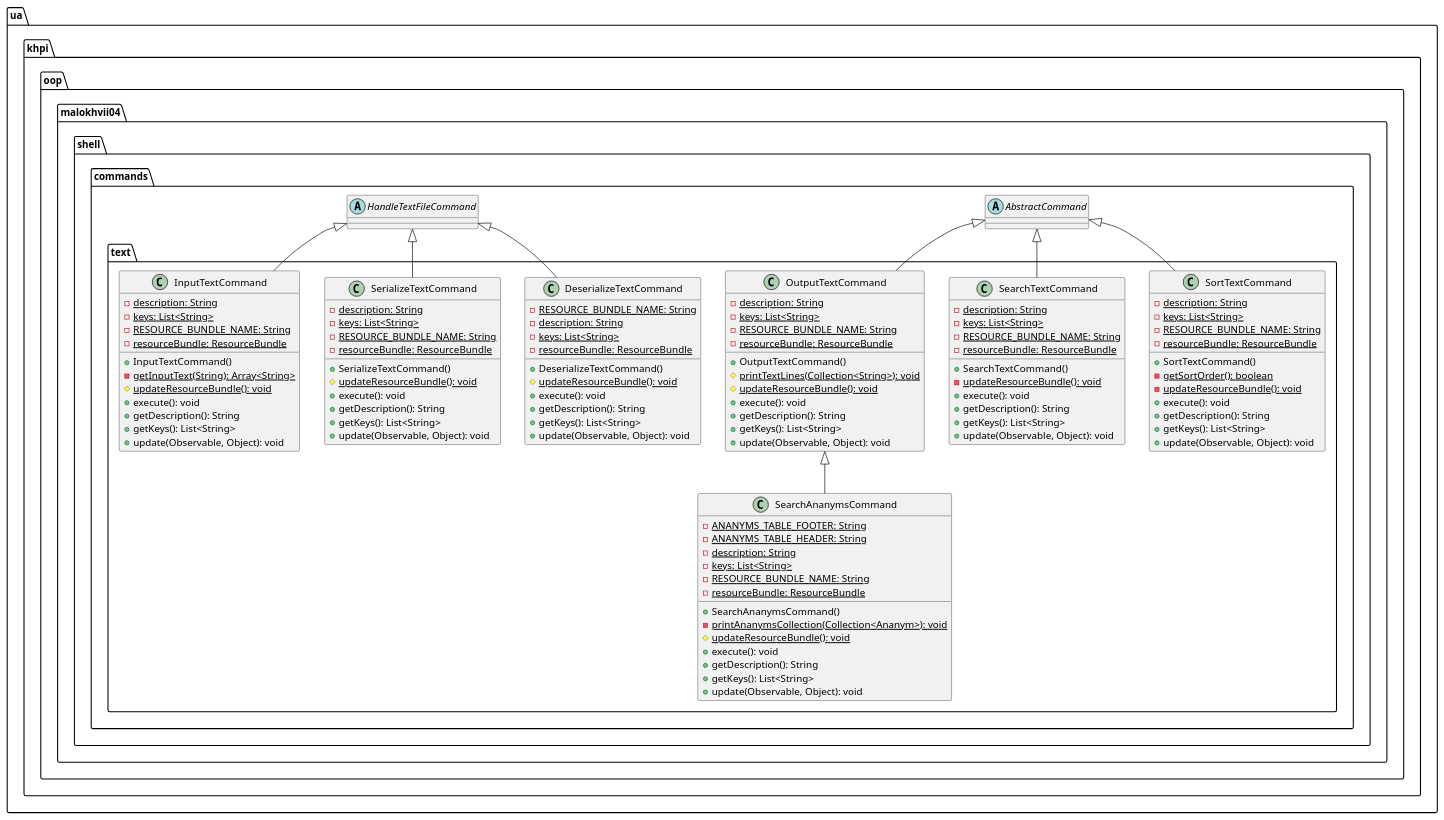
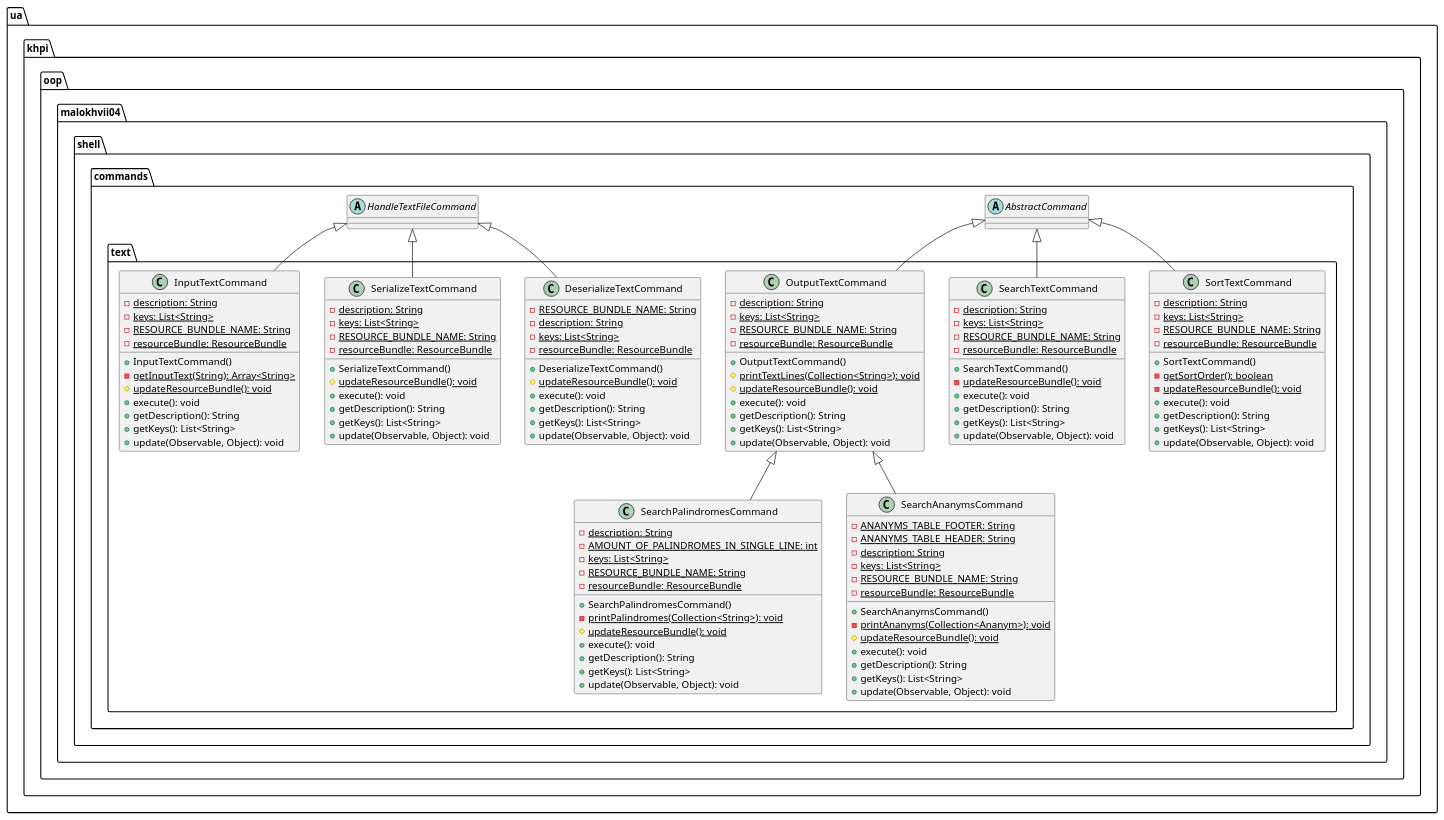
Before and after one commit to P-Kalin/kit26a: the diagram in malokhvii-eduard/malokhvii04/doc/plantuml/ua/khpi/oop/malokhvii04/shell/commands/text/package.puml, drawn with PlantUML. The commit also changed 5 other files, not shown here.

Commit message:
#3 malokhvii04: update graphs

```diff
--- a/malokhvii-eduard/malokhvii04/doc/plantuml/ua/khpi/oop/malokhvii04/shell/commands/text/package.puml
+++ b/malokhvii-eduard/malokhvii04/doc/plantuml/ua/khpi/oop/malokhvii04/shell/commands/text/package.puml
@@ -1,120 +1,137 @@
 @startuml
 
     namespace ua.khpi.oop.malokhvii04.shell.commands.text {
 
         class SortTextCommand {
             {static} -description: String
             {static} -keys: List<String>
             {static} -RESOURCE_BUNDLE_NAME: String
             {static} -resourceBundle: ResourceBundle
             +SortTextCommand()
             {static} -getSortOrder(): boolean
             {static} -updateResourceBundle(): void
             +execute(): void
             +getDescription(): String
             +getKeys(): List<String>
             +update(Observable, Object): void
         }
 
         class SerializeTextCommand {
             {static} -description: String
             {static} -keys: List<String>
             {static} -RESOURCE_BUNDLE_NAME: String
             {static} -resourceBundle: ResourceBundle
             +SerializeTextCommand()
             {static} #updateResourceBundle(): void
             +execute(): void
             +getDescription(): String
             +getKeys(): List<String>
             +update(Observable, Object): void
         }
 
         class SearchTextCommand {
             {static} -description: String
             {static} -keys: List<String>
             {static} -RESOURCE_BUNDLE_NAME: String
             {static} -resourceBundle: ResourceBundle
             +SearchTextCommand()
             {static} -updateResourceBundle(): void
             +execute(): void
             +getDescription(): String
             +getKeys(): List<String>
             +update(Observable, Object): void
         }
 
+        class SearchPalindromesCommand {
+            {static} -description: String
+            {static} -AMOUNT_OF_PALINDROMES_IN_SINGLE_LINE: int
+            {static} -keys: List<String>
+            {static} -RESOURCE_BUNDLE_NAME: String
+            {static} -resourceBundle: ResourceBundle
+            +SearchPalindromesCommand()
+            {static} -printPalindromes(Collection<String>): void
+            {static} #updateResourceBundle(): void
+            +execute(): void
+            +getDescription(): String
+            +getKeys(): List<String>
+            +update(Observable, Object): void
+        }
+
         class SearchAnanymsCommand {
             {static} -ANANYMS_TABLE_FOOTER: String
             {static} -ANANYMS_TABLE_HEADER: String
             {static} -description: String
             {static} -keys: List<String>
             {static} -RESOURCE_BUNDLE_NAME: String
             {static} -resourceBundle: ResourceBundle
             +SearchAnanymsCommand()
-            {static} -printAnanymsCollection(Collection<Ananym>): void
+            {static} -printAnanyms(Collection<Ananym>): void
             {static} #updateResourceBundle(): void
             +execute(): void
             +getDescription(): String
             +getKeys(): List<String>
             +update(Observable, Object): void
         }
 
         class OutputTextCommand {
             {static} -description: String
             {static} -keys: List<String>
             {static} -RESOURCE_BUNDLE_NAME: String
             {static} -resourceBundle: ResourceBundle
             +OutputTextCommand()
             {static} #printTextLines(Collection<String>): void
             {static} #updateResourceBundle(): void
             +execute(): void
             +getDescription(): String
             +getKeys(): List<String>
             +update(Observable, Object): void
         }
 
         class InputTextCommand {
             {static} -description: String
             {static} -keys: List<String>
             {static} -RESOURCE_BUNDLE_NAME: String
             {static} -resourceBundle: ResourceBundle
             +InputTextCommand()
             {static} -getInputText(String): Array<String>
             {static} #updateResourceBundle(): void
             +execute(): void
             +getDescription(): String
             +getKeys(): List<String>
             +update(Observable, Object): void
         }
 
         class DeserializeTextCommand {
             {static} -RESOURCE_BUNDLE_NAME: String
             {static} -description: String
             {static} -keys: List<String>
             {static} -resourceBundle: ResourceBundle
             +DeserializeTextCommand()
             {static} #updateResourceBundle(): void
             +execute(): void
             +getDescription(): String
             +getKeys(): List<String>
             +update(Observable, Object): void
         }
 
         abstract class ua.khpi.oop.malokhvii04.shell.commands.AbstractCommand
         ua.khpi.oop.malokhvii04.shell.commands.AbstractCommand <|-- SortTextCommand
 
         abstract class ua.khpi.oop.malokhvii04.shell.commands.HandleTextFileCommand
         ua.khpi.oop.malokhvii04.shell.commands.HandleTextFileCommand <|-- SerializeTextCommand
 
         ua.khpi.oop.malokhvii04.shell.commands.AbstractCommand <|-- SearchTextCommand
 
+        OutputTextCommand <|-- SearchPalindromesCommand
+
         OutputTextCommand <|-- SearchAnanymsCommand
 
         ua.khpi.oop.malokhvii04.shell.commands.AbstractCommand <|-- OutputTextCommand
 
         ua.khpi.oop.malokhvii04.shell.commands.HandleTextFileCommand <|-- InputTextCommand
 
         ua.khpi.oop.malokhvii04.shell.commands.HandleTextFileCommand <|-- DeserializeTextCommand
 
     }
 
 @enduml
```
